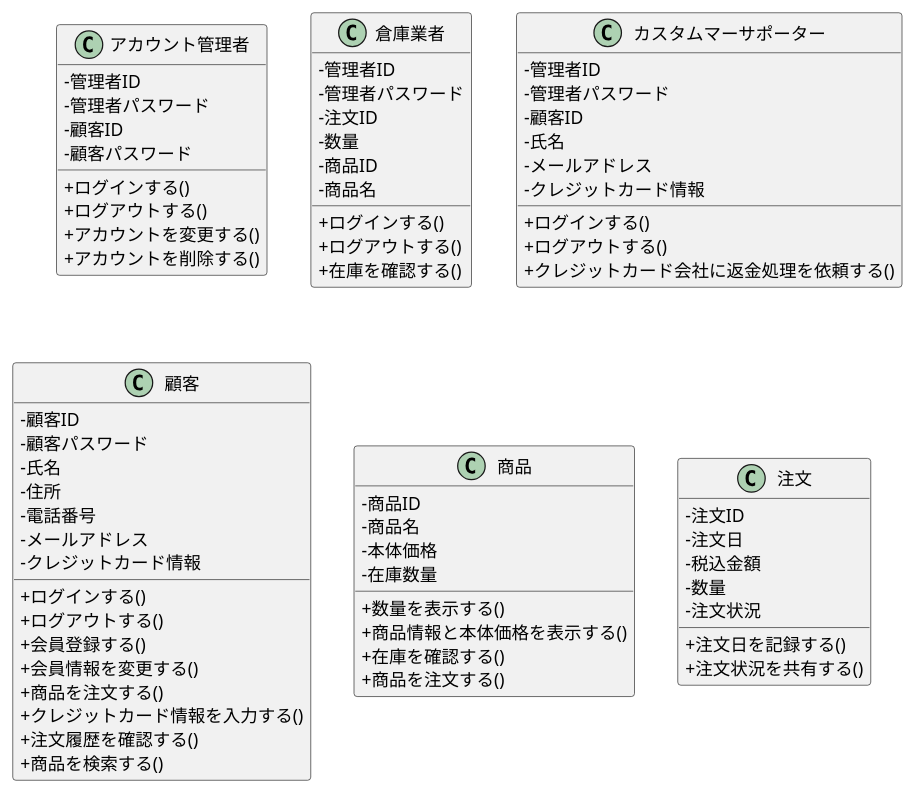
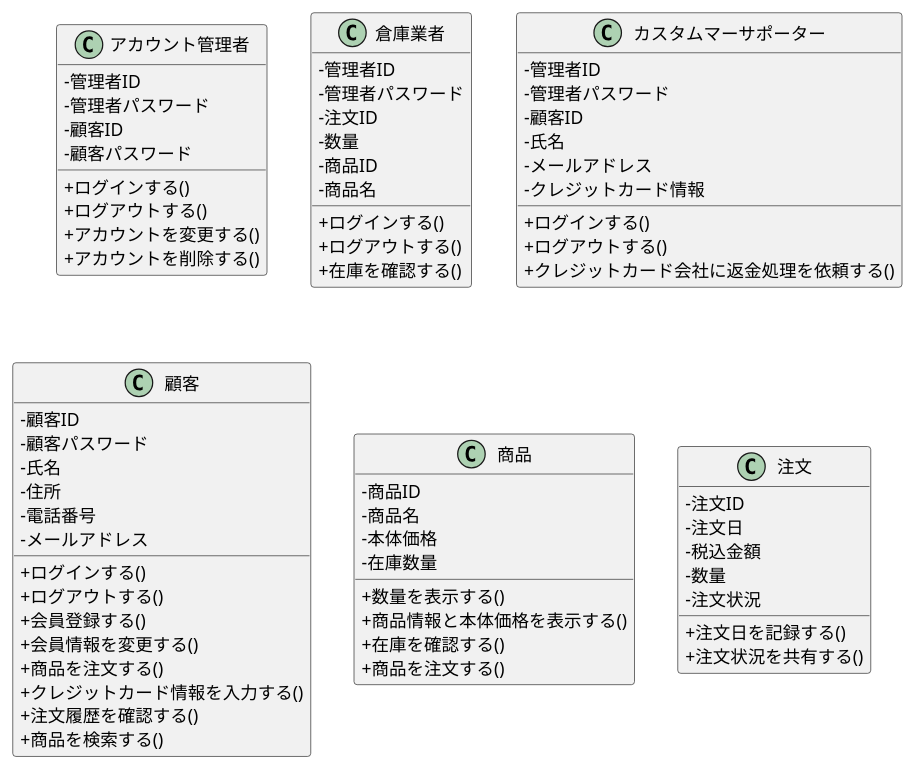
The diagram in group/3-3_総合演習1_BBショップ注文管理システム/クラス図/class.pu (ko246/ohara_uml), drawn with PlantUML before and after one commit. The commit also changed 7 other files, not shown here.

```diff
--- a/group/3-3_総合演習1_BBショップ注文管理システム/クラス図/class.pu
+++ b/group/3-3_総合演習1_BBショップ注文管理システム/クラス図/class.pu
@@ -1,101 +1,100 @@
 @startuml BBショップシステム_クラス図
 
 skinparam classAttributeIconSize 0
 class アカウント管理者 {
     '属性
     -管理者ID
     -管理者パスワード
     -顧客ID
     -顧客パスワード
 
     '操作
     +ログインする()
     +ログアウトする()
     +アカウントを変更する()
     +アカウントを削除する()
 }
 
 skinparam classAttributeIconSize 0
 class 倉庫業者 {
     '属性
     -管理者ID
     -管理者パスワード
     -注文ID
     -数量
     -商品ID
     -商品名
 
     '操作
     +ログインする()
     +ログアウトする()
     +在庫を確認する()
 }
 
 skinparam classAttributeIconSize 0
 class カスタムマーサポーター {
     '属性
     -管理者ID
     -管理者パスワード
     -顧客ID
     -氏名
     -メールアドレス
     -クレジットカード情報
 
     '操作
     +ログインする()
     +ログアウトする()
     +クレジットカード会社に返金処理を依頼する()
 }
 
 skinparam classAttributeIconSize 0
 class 顧客 {
     '属性
     -顧客ID
     -顧客パスワード
     -氏名
     -住所
     -電話番号
     -メールアドレス
-    -クレジットカード情報
 
     '操作
     +ログインする()
     +ログアウトする()
     +会員登録する()
     +会員情報を変更する()
     +商品を注文する()
     +クレジットカード情報を入力する()
     +注文履歴を確認する()
     +商品を検索する()
 }
 
 skinparam classAttributeIconSize 0
 class 商品 {
     '属性
     -商品ID
     -商品名
     -本体価格
     -在庫数量
 
     '操作
     +数量を表示する()
     +商品情報と本体価格を表示する()
     +在庫を確認する()
     +商品を注文する()
 }
 
 skinparam classAttributeIconSize 0
 class 注文 {
     '属性
     -注文ID
     -注文日
     -税込金額
     -数量
     -注文状況
 
     '操作
     +注文日を記録する()
     +注文状況を共有する()
 }
 
 @enduml
```
